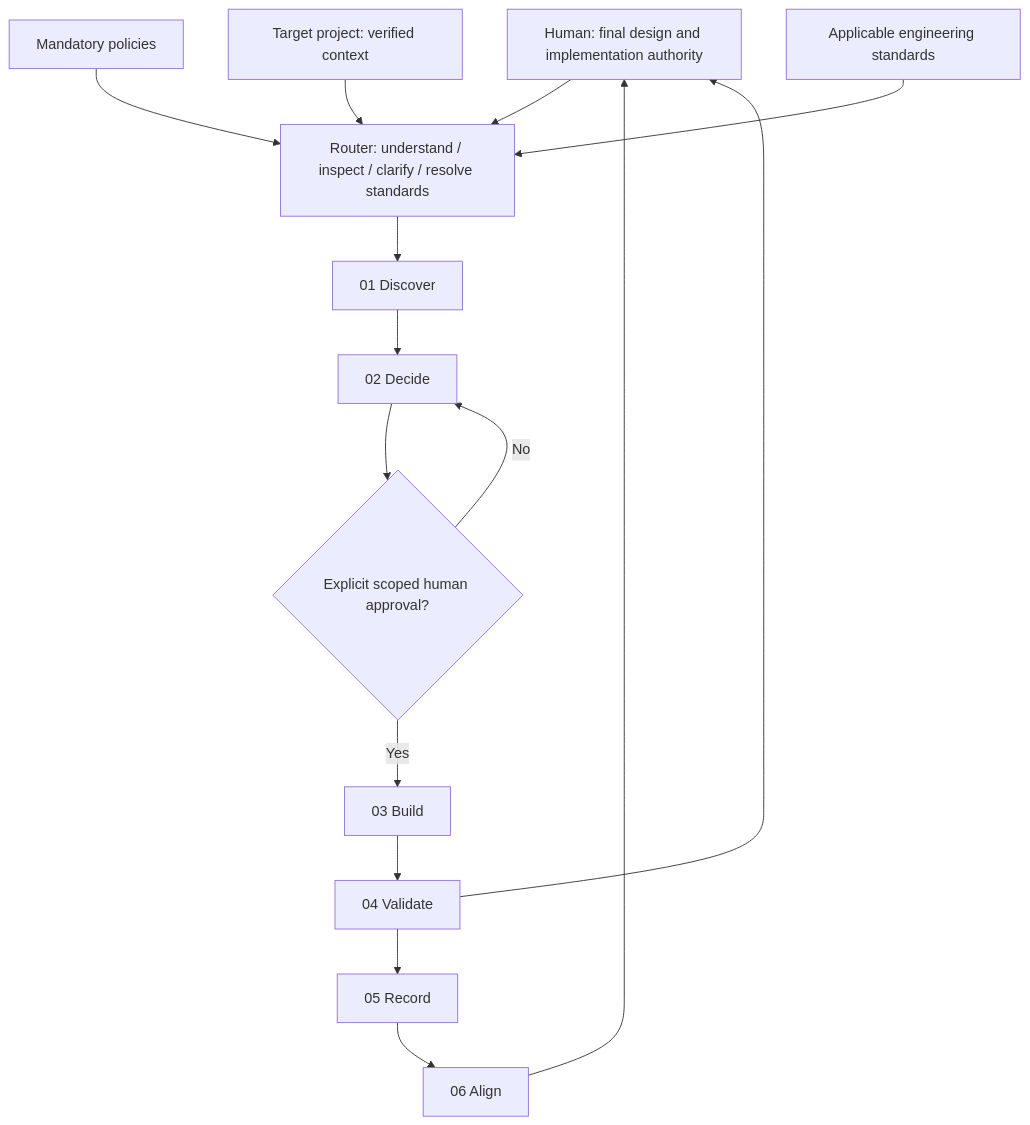
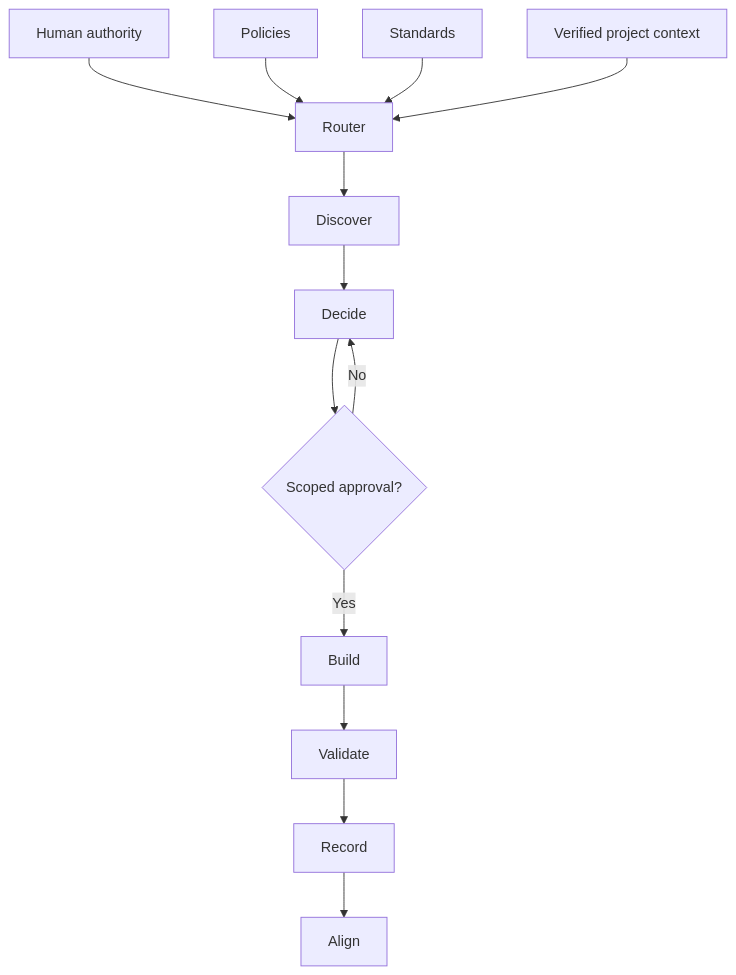
The first of 2 diagrams in README.md (anoopdk/agentic-project-framework), drawn with Mermaid before and after one commit. The commit also changed other lines of this file and 19 other files, not shown here.

````diff
--- a/README.md
+++ b/README.md
@@ -21,17 +36,15 @@
 ```mermaid
 flowchart TB
-    H["Human: final design and implementation authority"] --> R["Router: understand / inspect / clarify / resolve standards"]
-    P["Mandatory policies"] --> R
-    C["Target project: verified context"] --> R
-    S["Applicable engineering standards"] --> R
-    R --> D["01 Discover"]
-    D --> A["02 Decide"]
-    A --> G{"Explicit scoped human approval?"}
-    G -->|No| A
-    G -->|Yes| B["03 Build"]
-    B --> V["04 Validate"]
-    V --> X["05 Record"]
-    X --> Y["06 Align"]
-    V --> H
-    Y --> H
+  H[Human authority] --> R[Router]
+  P[Policies] --> R
+  S[Standards] --> R
+  C[Verified project context] --> R
+  R --> D1[Discover]
+  D1 --> D2[Decide]
+  D2 --> G{Scoped approval?}
+  G -->|No| D2
+  G -->|Yes| B[Build]
+  B --> V[Validate]
+  V --> REC[Record]
+  REC --> A[Align]
 ```
````
